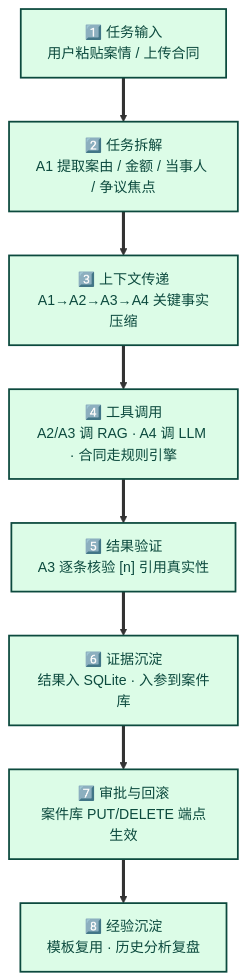
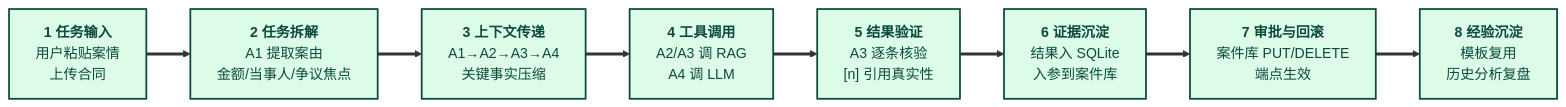
The diagram in docs/diagrams/05_eight_loop.mmd (A-yiren/legal-lens), drawn with Mermaid before and after one commit. The commit also changed 5 other files, not shown here.

First line of the commit message:
fix: PPT slide 6 8 环节任务闭环 改为横版 (flowchart LR)

```diff
--- a/docs/diagrams/05_eight_loop.mmd
+++ b/docs/diagrams/05_eight_loop.mmd
@@ -1,13 +1,13 @@
-flowchart TB
-    E1["1️⃣ 任务输入<br/>用户粘贴案情 / 上传合同"]:::step
-    E2["2️⃣ 任务拆解<br/>A1 提取案由 / 金额 / 当事人 / 争议焦点"]:::step
-    E3["3️⃣ 上下文传递<br/>A1→A2→A3→A4 关键事实压缩"]:::step
-    E4["4️⃣ 工具调用<br/>A2/A3 调 RAG · A4 调 LLM · 合同走规则引擎"]:::step
-    E5["5️⃣ 结果验证<br/>A3 逐条核验 [n] 引用真实性"]:::step
-    E6["6️⃣ 证据沉淀<br/>结果入 SQLite · 入参到案件库"]:::step
-    E7["7️⃣ 审批与回滚<br/>案件库 PUT/DELETE 端点生效"]:::step
-    E8["8️⃣ 经验沉淀<br/>模板复用 · 历史分析复盘"]:::step
+flowchart LR
+    E1["<b>1 任务输入</b><br/>用户粘贴案情<br/>上传合同"]:::step
+    E2["<b>2 任务拆解</b><br/>A1 提取案由<br/>金额/当事人/争议焦点"]:::step
+    E3["<b>3 上下文传递</b><br/>A1→A2→A3→A4<br/>关键事实压缩"]:::step
+    E4["<b>4 工具调用</b><br/>A2/A3 调 RAG<br/>A4 调 LLM"]:::step
+    E5["<b>5 结果验证</b><br/>A3 逐条核验<br/>[n] 引用真实性"]:::step
+    E6["<b>6 证据沉淀</b><br/>结果入 SQLite<br/>入参到案件库"]:::step
+    E7["<b>7 审批与回滚</b><br/>案件库 PUT/DELETE<br/>端点生效"]:::step
+    E8["<b>8 经验沉淀</b><br/>模板复用<br/>历史分析复盘"]:::step
 
     E1 ==> E2 ==> E3 ==> E4 ==> E5 ==> E6 ==> E7 ==> E8
 
     classDef step fill:#dcfce7,stroke:#0c4a3e,stroke-width:2px,color:#0c4a3e
```
